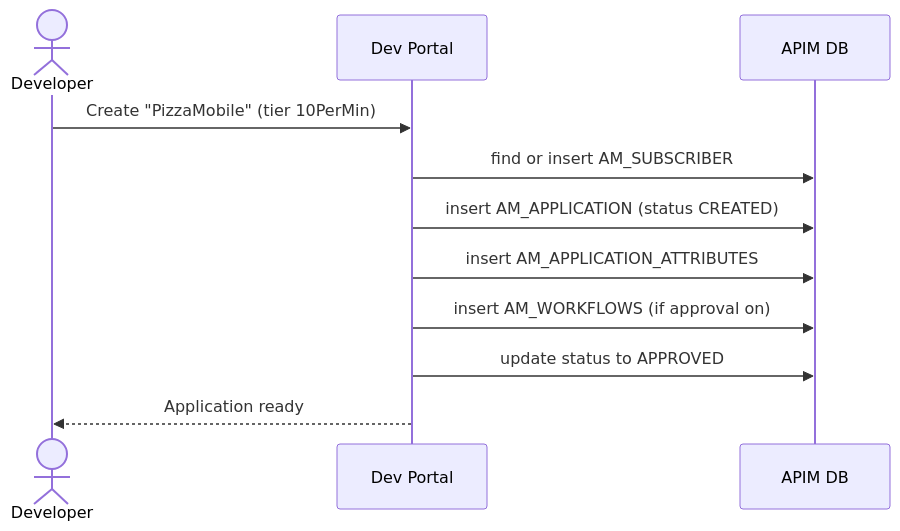
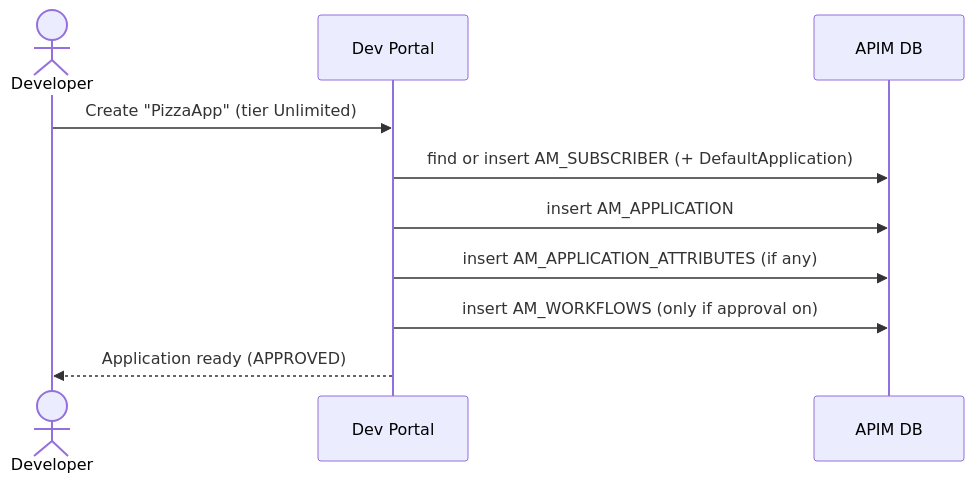
The second of 2 diagrams in docs/apim-4/flows/07-create-application.md (SaviNimz/apim-db-docs), drawn with Mermaid before and after one commit. The commit also changed other lines of this file and 55 other files, not shown here.

First line of the commit message:
Verify all core flows against running 3.2.0 and 4.7.0 servers

````diff
--- a/docs/apim-4/flows/07-create-application.md
+++ b/docs/apim-4/flows/07-create-application.md
@@ -25,13 +32,12 @@
 ```mermaid
 sequenceDiagram
     actor Dev as Developer
     participant Portal as Dev Portal
     participant DB as APIM DB
-    Dev->>Portal: Create "PizzaMobile" (tier 10PerMin)
-    Portal->>DB: find or insert AM_SUBSCRIBER
-    Portal->>DB: insert AM_APPLICATION (status CREATED)
-    Portal->>DB: insert AM_APPLICATION_ATTRIBUTES
-    Portal->>DB: insert AM_WORKFLOWS (if approval on)
-    Portal->>DB: update status to APPROVED
-    Portal-->>Dev: Application ready
+    Dev->>Portal: Create "PizzaApp" (tier Unlimited)
+    Portal->>DB: find or insert AM_SUBSCRIBER (+ DefaultApplication)
+    Portal->>DB: insert AM_APPLICATION
+    Portal->>DB: insert AM_APPLICATION_ATTRIBUTES (if any)
+    Portal->>DB: insert AM_WORKFLOWS (only if approval on)
+    Portal-->>Dev: Application ready (APPROVED)
 ```
````
